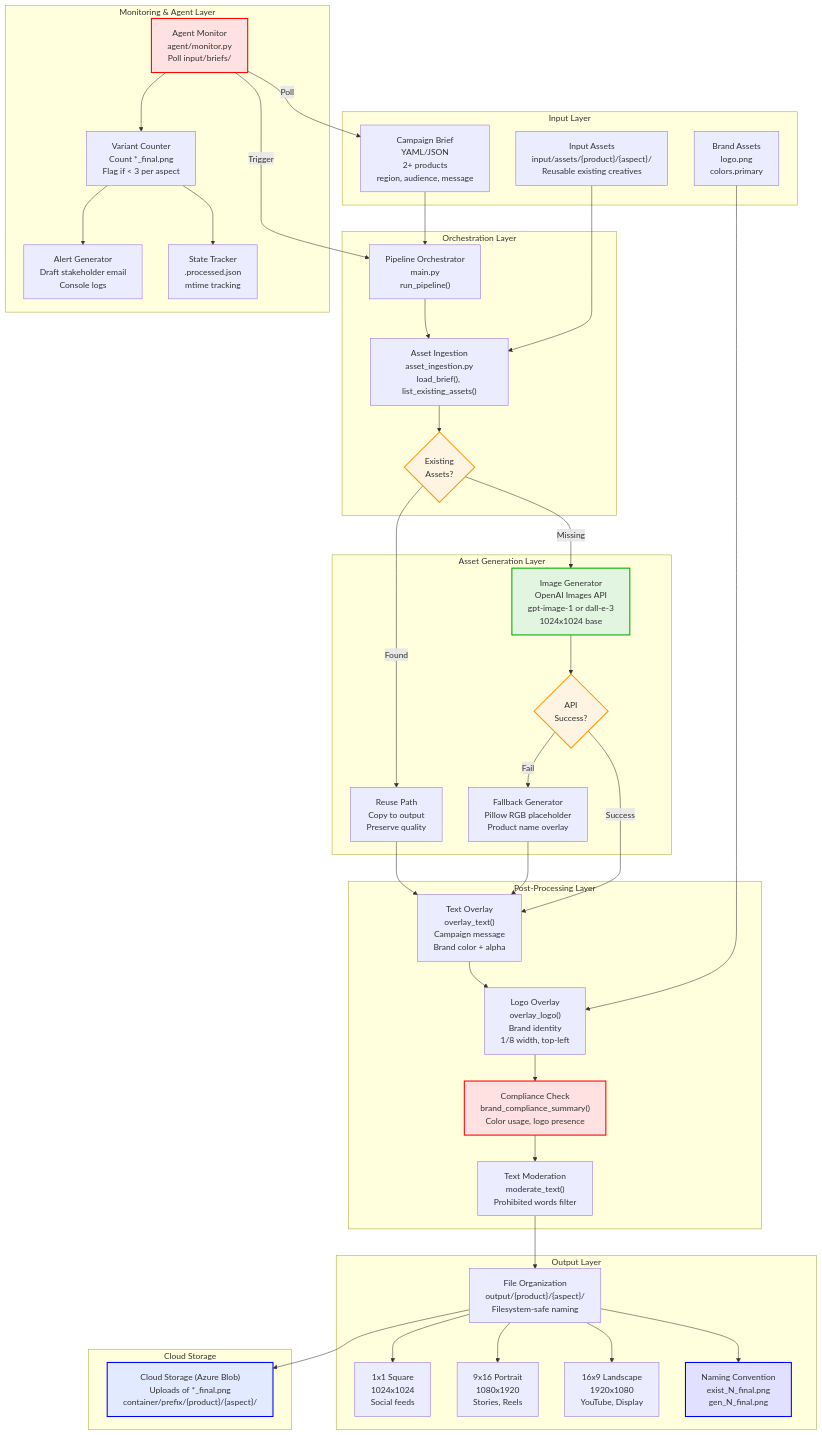
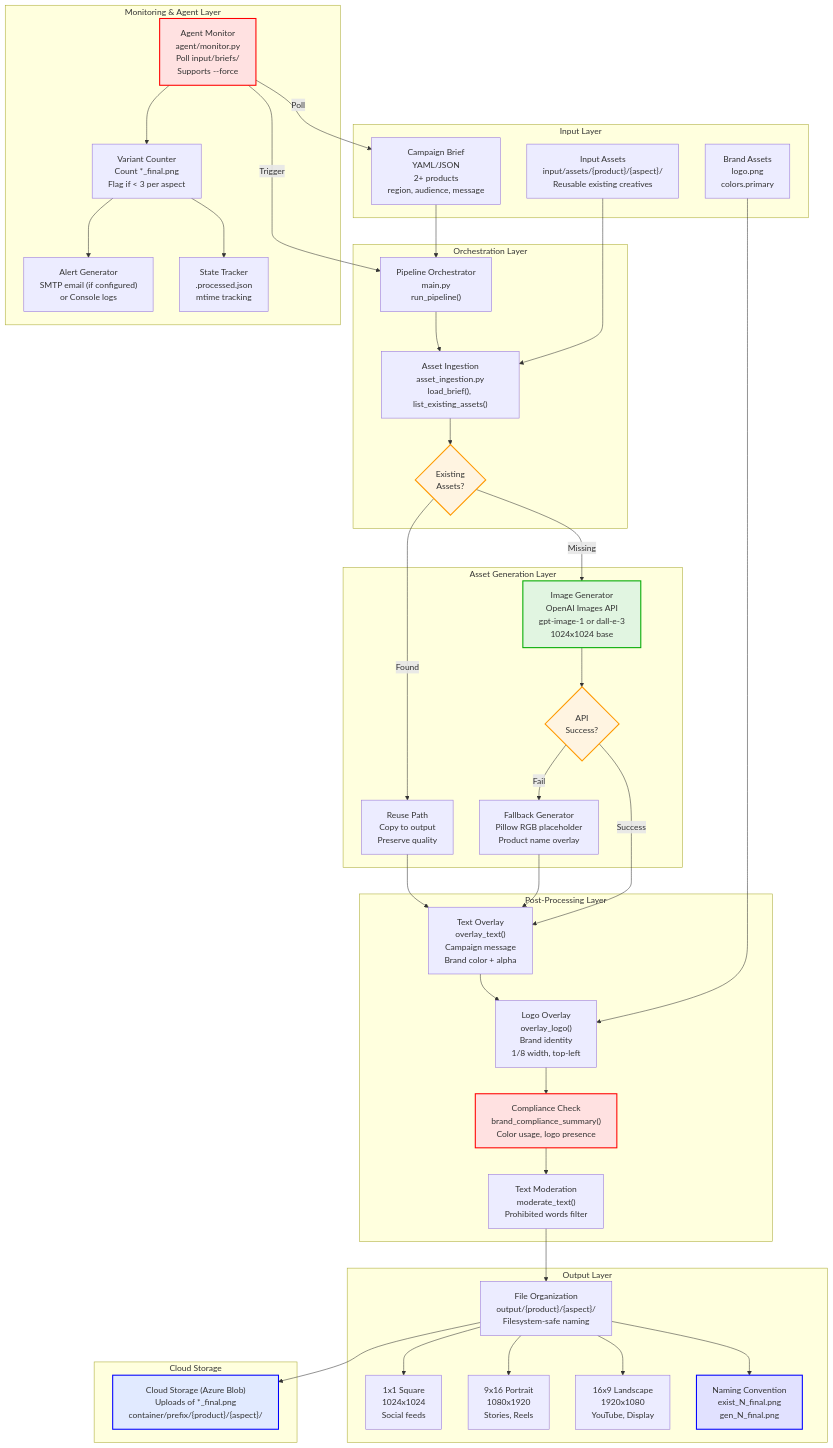
The diagram in docs/architecture_diagram.mmd (serapsen/ai-automation), drawn with Mermaid before and after one commit. The commit also changed 4 other files, not shown here.

```diff
--- a/docs/architecture_diagram.mmd
+++ b/docs/architecture_diagram.mmd
@@ -1,82 +1,82 @@
 %% Mermaid diagram: Creative Automation Pipeline Architecture
 flowchart TB
   subgraph "Input Layer"
     A["Campaign Brief<br/>YAML/JSON<br/>2+ products<br/>region, audience, message"]
     B["Input Assets<br/>input/assets/{product}/{aspect}/<br/>Reusable existing creatives"]
     C["Brand Assets<br/>logo.png<br/>colors.primary"]
   end
 
   subgraph "Orchestration Layer"
     D["Pipeline Orchestrator<br/>main.py<br/>run_pipeline()"]
     E["Asset Ingestion<br/>asset_ingestion.py<br/>load_brief(), list_existing_assets()"]
     F{"Existing<br/>Assets?"}
   end
 
   subgraph "Asset Generation Layer"
     G["Reuse Path<br/>Copy to output<br/>Preserve quality"]
     H["Image Generator<br/>OpenAI Images API<br/>gpt-image-1 or dall-e-3<br/>1024x1024 base"]
     I{"API<br/>Success?"}
     J["Fallback Generator<br/>Pillow RGB placeholder<br/>Product name overlay"]
   end
 
   subgraph "Post-Processing Layer"
     K["Text Overlay<br/>overlay_text()<br/>Campaign message<br/>Brand color + alpha"]
     L["Logo Overlay<br/>overlay_logo()<br/>Brand identity<br/>1/8 width, top-left"]
     M["Compliance Check<br/>brand_compliance_summary()<br/>Color usage, logo presence"]
     N["Text Moderation<br/>moderate_text()<br/>Prohibited words filter"]
   end
 
   subgraph "Output Layer"
     O["File Organization<br/>output/{product}/{aspect}/<br/>Filesystem-safe naming"]
     P["1x1 Square<br/>1024x1024<br/>Social feeds"]
     Q["9x16 Portrait<br/>1080x1920<br/>Stories, Reels"]
     R["16x9 Landscape<br/>1920x1080<br/>YouTube, Display"]
     S["Naming Convention<br/>exist_N_final.png<br/>gen_N_final.png"]
   end
 
   subgraph "Cloud Storage"
     X["Cloud Storage (Azure Blob)<br/>Uploads of *_final.png<br/>container/prefix/{product}/{aspect}/"]
   end
 
   subgraph "Monitoring & Agent Layer"
-    T["Agent Monitor<br/>agent/monitor.py<br/>Poll input/briefs/"]
+    T["Agent Monitor<br/>agent/monitor.py<br/>Poll input/briefs/<br/>Supports --force"]
     U["Variant Counter<br/>Count *_final.png<br/>Flag if < 3 per aspect"]
-    V["Alert Generator<br/>Draft stakeholder email<br/>Console logs"]
+    V["Alert Generator<br/>SMTP email (if configured)<br/>or Console logs"]
     W["State Tracker<br/>.processed.json<br/>mtime tracking"]
   end
 
   A --> D
   B --> E
   C --> L
   D --> E
   E --> F
   F -->|Found| G
   F -->|Missing| H
   H --> I
   I -->|Success| K
   I -->|Fail| J
   J --> K
   G --> K
   K --> L
   L --> M
   M --> N
   N --> O
   O --> P
   O --> Q
   O --> R
   O --> S
   O --> X
   
   T -->|Poll| A
   T -->|Trigger| D
   T --> U
   U --> V
   U --> W
   
   style F fill:#fff4e1,stroke:#f90,stroke-width:2px
   style H fill:#e1f5e1,stroke:#0a0,stroke-width:2px
   style I fill:#fff4e1,stroke:#f90,stroke-width:2px
   style M fill:#ffe1e1,stroke:#f00,stroke-width:2px
   style T fill:#ffe1e1,stroke:#f00,stroke-width:2px
   style S fill:#e1e1ff,stroke:#00f,stroke-width:2px
   style X fill:#e1eaff,stroke:#00f,stroke-width:2px
```
